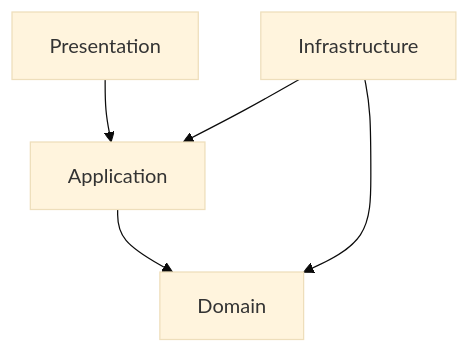
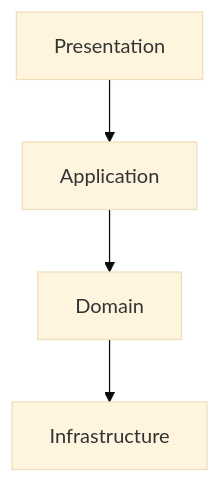
The first of 2 diagrams in README.md (kazuhe/gitmemo), drawn with Mermaid (base theme) before and after one commit. The commit also changed other lines of this file and 6 other files, not shown here.

````diff
--- a/README.md
+++ b/README.md
@@ -10,7 +18,6 @@
 ```mermaid
 flowchart TD
     Presentation --> Application
-    Infrastructure --> Application
-    Infrastructure --> Domain
     Application --> Domain
+    Domain --> Infrastructure
 ```
````
